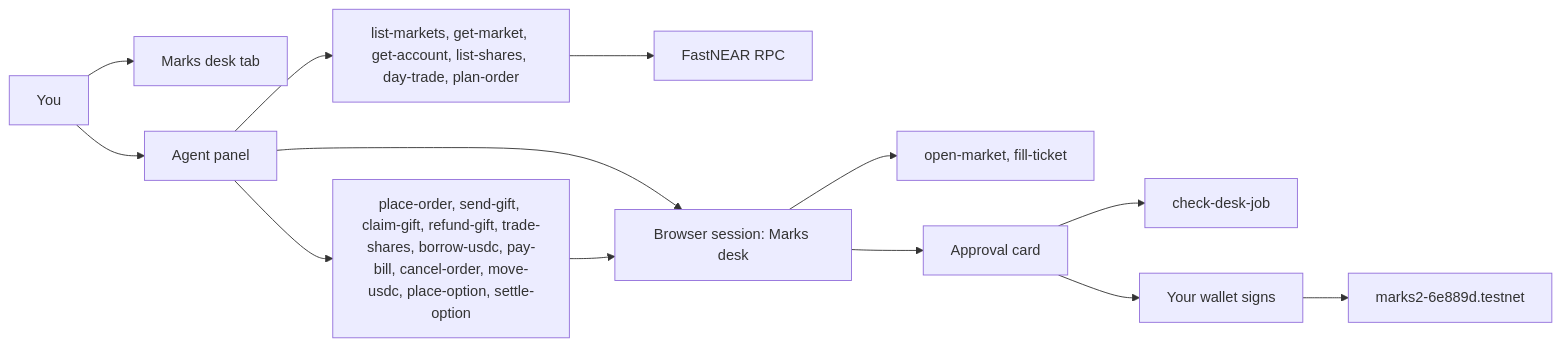
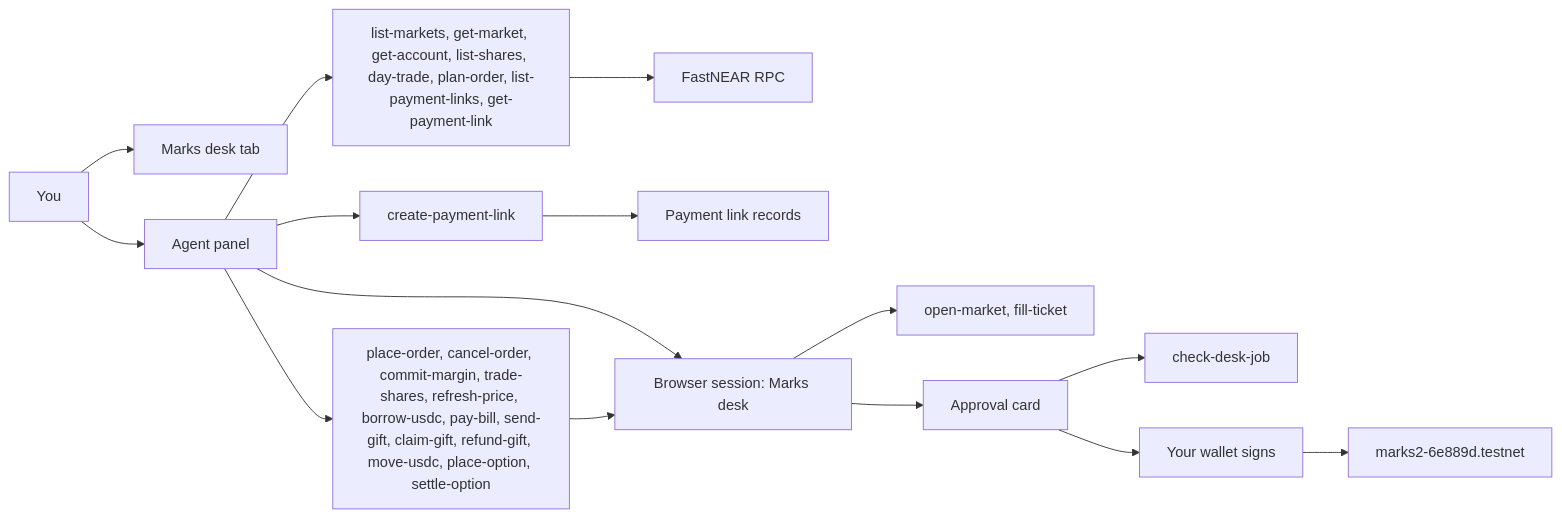
Before and after one commit to amdonatusprince/Marks-on-Near: the ninth of 9 diagrams in README.md, drawn with Mermaid. The commit also changed other lines of this file, not shown here.

````diff
--- a/README.md
+++ b/README.md
@@ -399,15 +469,17 @@
 ```mermaid
 flowchart LR
   person[You] --> desk[Marks desk tab]
   person --> chat[Agent panel]
-  chat --> reads[list-markets, get-market, get-account, list-shares, day-trade, plan-order]
+  chat --> reads[list-markets, get-market, get-account, list-shares, day-trade, plan-order, list-payment-links, get-payment-link]
   reads --> rpc[FastNEAR RPC]
-  chat --> writes[place-order, send-gift, claim-gift, refund-gift, trade-shares, borrow-usdc, pay-bill, cancel-order, move-usdc, place-option, settle-option]
+  chat --> links[create-payment-link]
+  links --> store[Payment link records]
+  chat --> writes[place-order, cancel-order, commit-margin, trade-shares, refresh-price, borrow-usdc, pay-bill, send-gift, claim-gift, refund-gift, move-usdc, place-option, settle-option]
   chat --> session[Browser session: Marks desk]
   session --> nav[open-market, fill-ticket]
   writes --> session
   session --> card[Approval card]
   card --> wait[check-desk-job]
   card --> wallet[Your wallet signs]
   wallet --> marks[marks2-6e889d.testnet]
 ```
````
